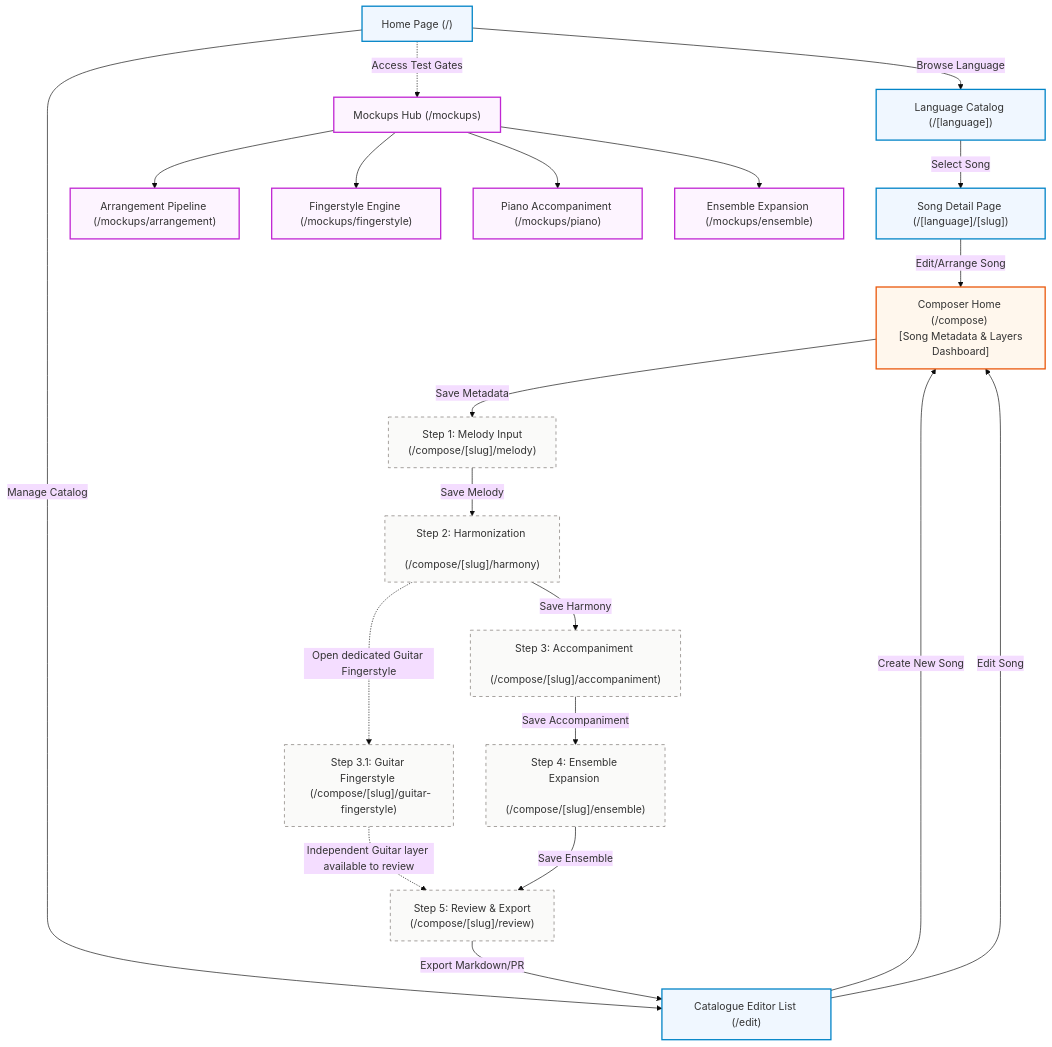
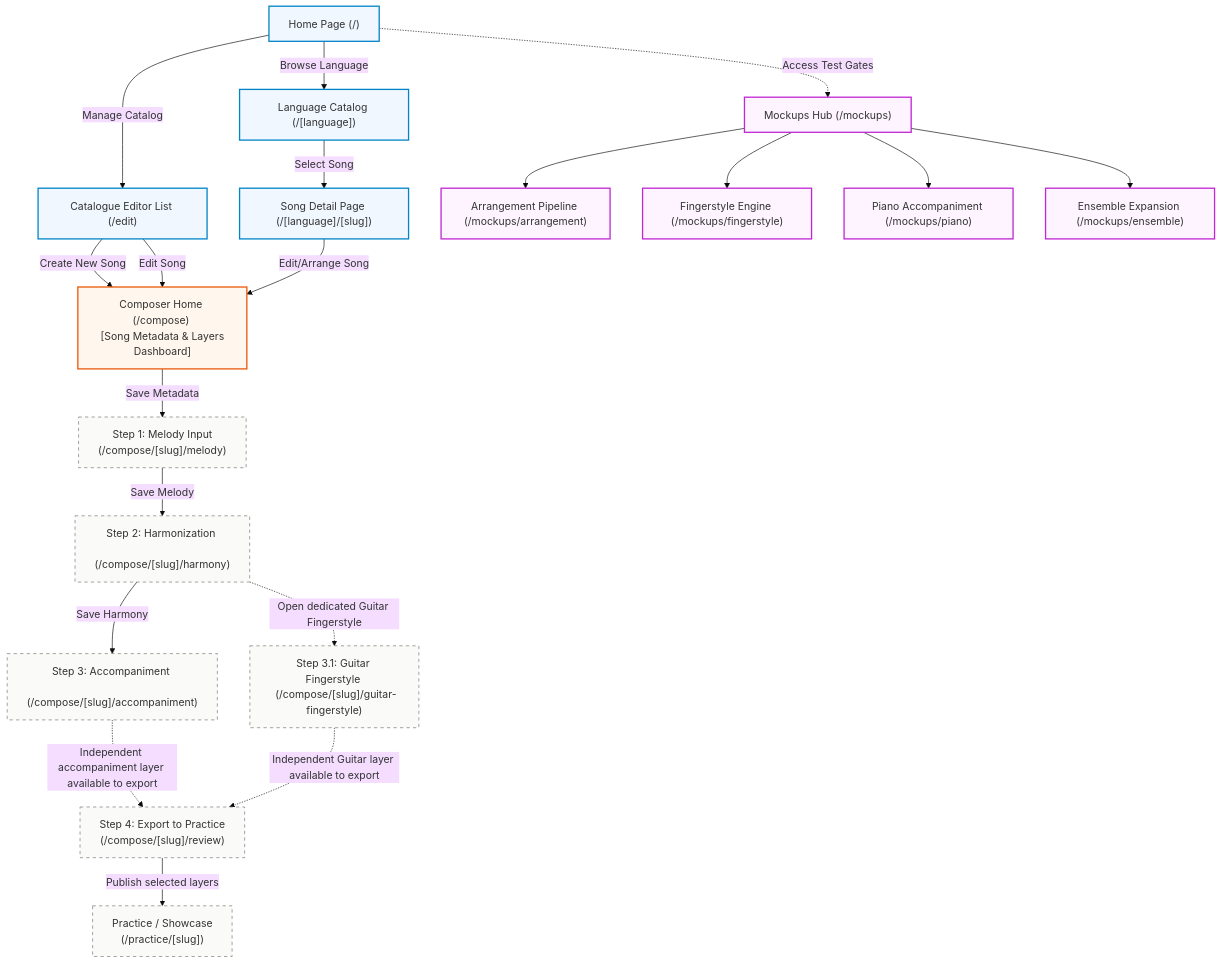
Before and after one commit to duyhunghd6/bhajan-song-composer: the first of 4 diagrams in docs/UI.md, drawn with Mermaid (base theme). The commit also changed other lines of this file and 18 other files, not shown here.

Commit message:
feat(composer): publish selected layers to practice

````diff
--- a/docs/UI.md
+++ b/docs/UI.md
@@ -13,57 +13,56 @@
 ```mermaid
 graph TD
     %% Playback Hub Nodes
     Home["Home Page (/)"]
     Catalog["Language Catalog (/[language])"]
     SongDetail["Song Detail Page (/[language]/[slug])"]
     EditList["Catalogue Editor List (/edit)"]
 
     %% Mockup / PoC Gates Nodes
     MockupHub["Mockups Hub (/mockups)"]
     MockArrangement["Arrangement Pipeline (/mockups/arrangement)"]
     MockFingerstyle["Fingerstyle Engine (/mockups/fingerstyle)"]
     MockPiano["Piano Accompaniment (/mockups/piano)"]
     MockEnsemble["Ensemble Expansion (/mockups/ensemble)"]
 
     %% Composer Workstation Nodes (The 5 Child-UIs)
     ComposeGeneral["Composer Home (/compose) <br> [Song Metadata & Layers Dashboard]"]
     ComposeMelody["Step 1: Melody Input <br> (/compose/[slug]/melody)"]
     ComposeHarmony["Step 2: Harmonization <br> (/compose/[slug]/harmony)"]
     ComposeAccomp["Step 3: Accompaniment <br> (/compose/[slug]/accompaniment)"]
     ComposeFingerstyle["Step 3.1: Guitar Fingerstyle <br> (/compose/[slug]/guitar-fingerstyle)"]
-    ComposeEnsemble["Step 4: Ensemble Expansion <br> (/compose/[slug]/ensemble)"]
-    ComposeReview["Step 5: Review & Export <br> (/compose/[slug]/review)"]
+    ComposeExport["Step 4: Export to Practice <br> (/compose/[slug]/review)"]
+    Practice["Practice / Showcase <br> (/practice/[slug])"]
 
     %% Navigation Paths
     Home -->|Browse Language| Catalog
     Catalog -->|Select Song| SongDetail
     Home -->|Manage Catalog| EditList
     EditList -->|Create New Song| ComposeGeneral
     EditList -->|Edit Song| ComposeGeneral
     SongDetail -->|Edit/Arrange Song| ComposeGeneral
     Home -.->|Access Test Gates| MockupHub
 
     MockupHub --> MockArrangement & MockFingerstyle & MockPiano & MockEnsemble
 
     %% Composer Workstation Flow (Step-by-step Subpages)
     ComposeGeneral -->|Save Metadata| ComposeMelody
     ComposeMelody -->|Save Melody| ComposeHarmony
     ComposeHarmony -->|Save Harmony| ComposeAccomp
     ComposeHarmony -.->|Open dedicated Guitar Fingerstyle| ComposeFingerstyle
-    ComposeAccomp -->|Save Accompaniment| ComposeEnsemble
-    ComposeFingerstyle -.->|Independent Guitar layer available to review| ComposeReview
-    ComposeEnsemble -->|Save Ensemble| ComposeReview
-    ComposeReview -->|Export Markdown/PR| EditList
+    ComposeAccomp -.->|Independent accompaniment layer available to export| ComposeExport
+    ComposeFingerstyle -.->|Independent Guitar layer available to export| ComposeExport
+    ComposeExport -->|Publish selected layers| Practice
 
     %% Define Styles
     classDef hub fill:#f0f7ff,stroke:#0284c7,stroke-width:2px;
     classDef composer fill:#fff7ed,stroke:#ea580c,stroke-width:2px;
     classDef step fill:#fafaf9,stroke:#78716c,stroke-dasharray: 5 5;
     classDef mockup fill:#fdf4ff,stroke:#c026d3,stroke-width:2px;
 
     %% Apply Styles
     class Home,Catalog,SongDetail,EditList hub;
     class ComposeGeneral composer;
-    class ComposeMelody,ComposeHarmony,ComposeAccomp,ComposeFingerstyle,ComposeEnsemble,ComposeReview step;
+    class ComposeMelody,ComposeHarmony,ComposeAccomp,ComposeFingerstyle,ComposeExport,Practice step;
     class MockupHub,MockArrangement,MockFingerstyle,MockPiano,MockEnsemble mockup;
 ```
````
